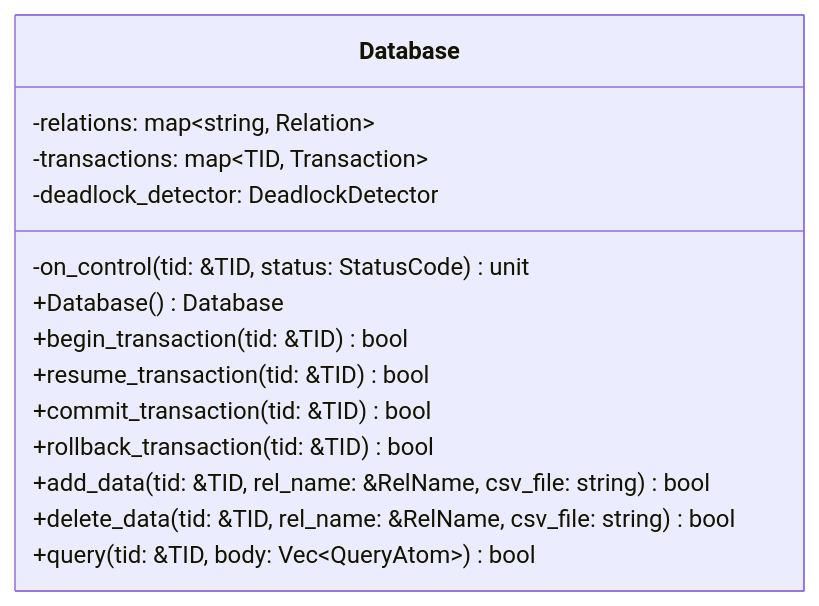
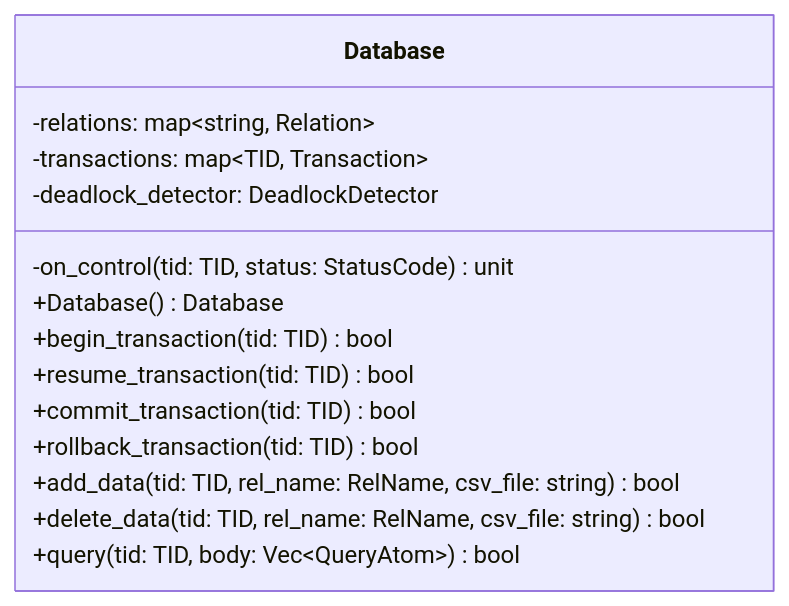
The diagram in docs/img/database.mermaid (BrandonTang89/databases_project), drawn with Mermaid before and after one commit. The commit also changed 4 other files, not shown here.

```diff
--- a/docs/img/database.mermaid
+++ b/docs/img/database.mermaid
@@ -1,19 +1,19 @@
 classDiagram
 
 direction BT
 
 class Database {
     -relations: map~string, Relation~
     -transactions: map~TID, Transaction~
     -deadlock_detector: DeadlockDetector
-    -on_control(tid: &TID, status: StatusCode) unit
+    -on_control(tid: TID, status: StatusCode) unit
 
     +Database() Database
-    +begin_transaction(tid: &TID) bool
-    +resume_transaction(tid: &TID) bool
-    +commit_transaction(tid: &TID) bool
-    +rollback_transaction(tid: &TID) bool
-    +add_data(tid: &TID, rel_name: &RelName, csv_file: string) bool
-    +delete_data(tid: &TID, rel_name: &RelName, csv_file: string) bool
-    +query(tid: &TID, body: Vec~QueryAtom~) bool
+    +begin_transaction(tid: TID) bool
+    +resume_transaction(tid: TID) bool
+    +commit_transaction(tid: TID) bool
+    +rollback_transaction(tid: TID) bool
+    +add_data(tid: TID, rel_name: RelName, csv_file: string) bool
+    +delete_data(tid: TID, rel_name: RelName, csv_file: string) bool
+    +query(tid: TID, body: Vec~QueryAtom~) bool
 }
```
